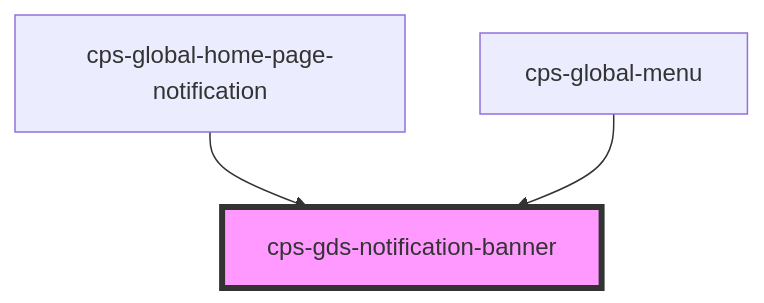
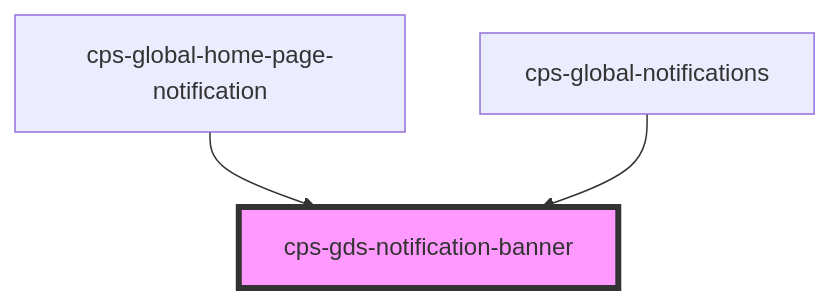
The diagram in packages/cps-global-components/src/components/cps-gds-notification-banner/readme.md (CPS-Innovation/global-components), drawn with Mermaid before and after one commit. The commit also changed other lines of this file and 50 other files, not shown here.

Commit message:
#FCT2-15518 - added configurable notification banner (#809)

````diff
--- a/packages/cps-global-components/src/components/cps-gds-notification-banner/readme.md
+++ b/packages/cps-global-components/src/components/cps-gds-notification-banner/readme.md
@@ -29,6 +36,6 @@
 ```mermaid
 graph TD;
   cps-global-home-page-notification --> cps-gds-notification-banner
-  cps-global-menu --> cps-gds-notification-banner
+  cps-global-notifications --> cps-gds-notification-banner
   style cps-gds-notification-banner fill:#f9f,stroke:#333,stroke-width:4px
 ```
````
